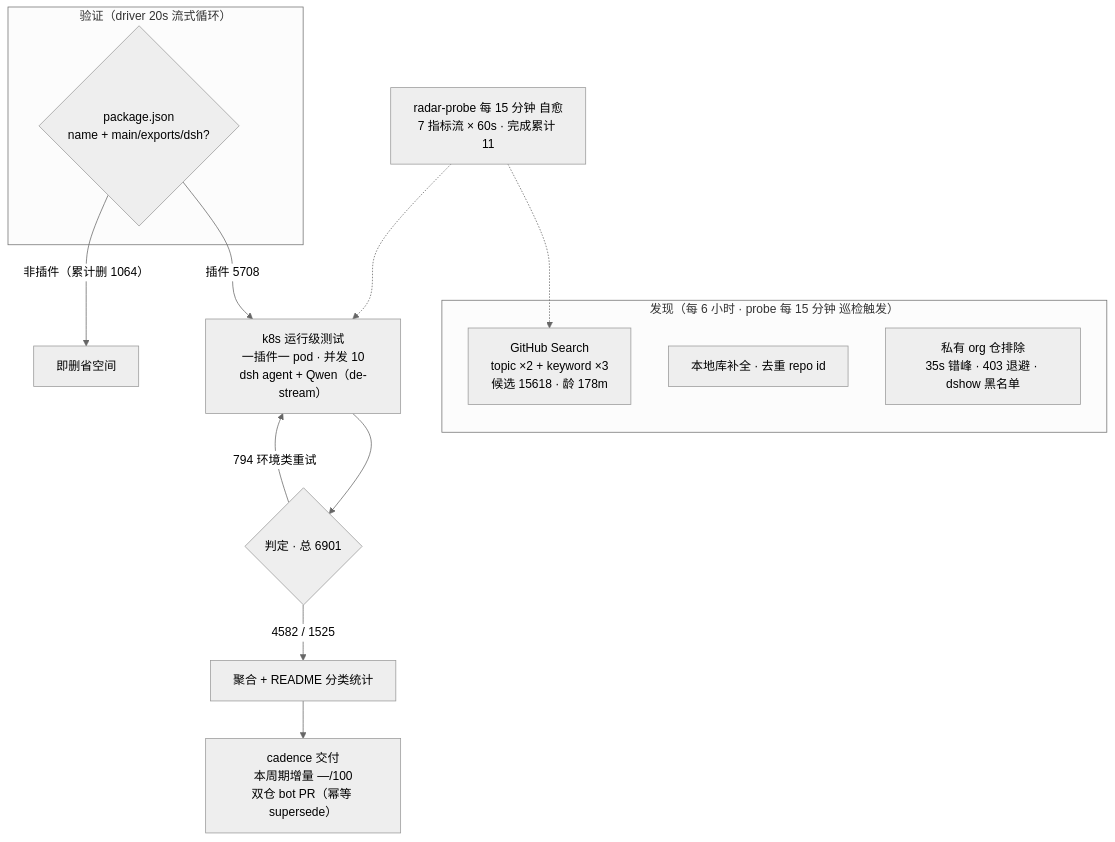
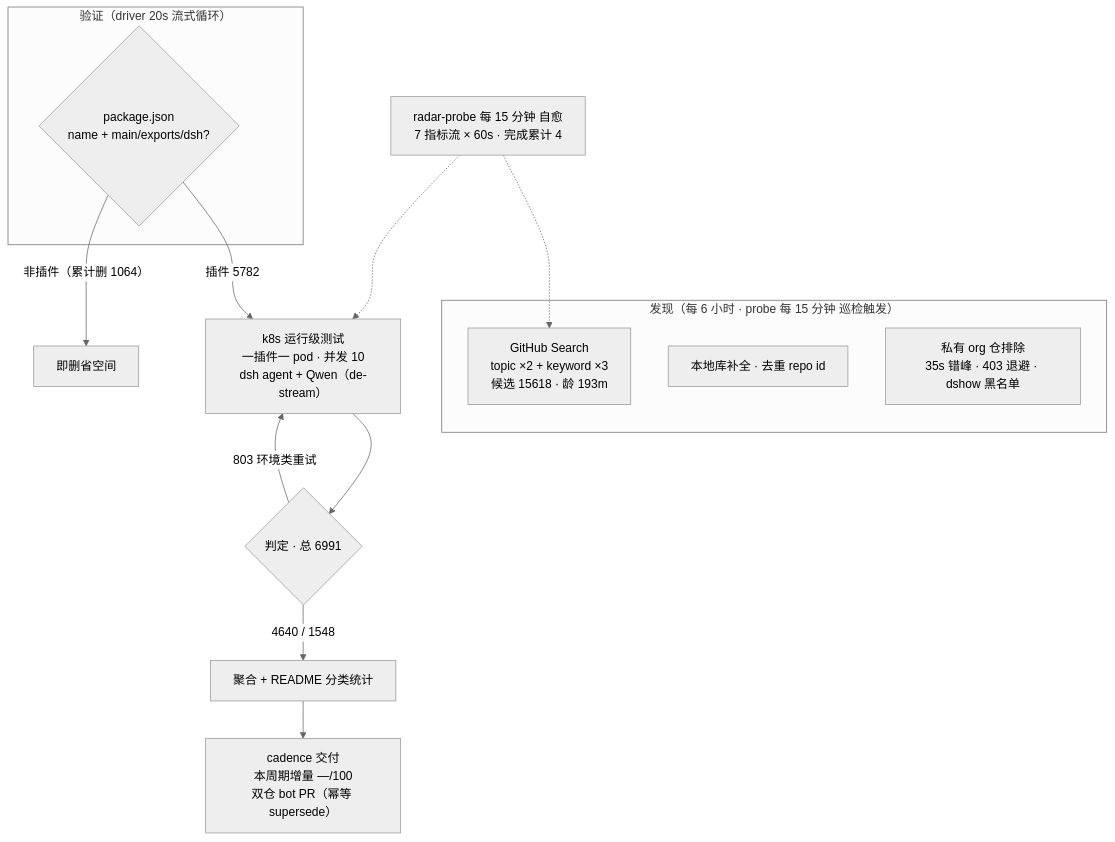
One commit to Zhidao-Lab-OSS/awesome-dsh-plugins changed the diagram in README.md. Above: the diagram before and after it, drawn with Mermaid (neutral theme). The commit also changed other lines of this file and 1 other file, not shown here.

````diff
--- a/README.md
+++ b/README.md
@@ -37,20 +37,20 @@
 ```mermaid
 flowchart TB
     subgraph Discovery["发现（每 6 小时 · probe 每 15 分钟 巡检触发）"]
-        A1["GitHub Search<br/>topic ×2 + keyword ×3<br/>候选 15618 · 龄 178m"]
+        A1["GitHub Search<br/>topic ×2 + keyword ×3<br/>候选 15618 · 龄 193m"]
         A2["本地库补全 · 去重 repo id"]
         A3["私有 org 仓排除<br/>35s 错峰 · 403 退避 · dshow 黑名单"]
     end
     subgraph Validation["验证（driver 20s 流式循环）"]
         B1{"package.json<br/>name + main/exports/dsh?"}
     end
-    B1 -->|"插件 5708"| C1["k8s 运行级测试<br/>一插件一 pod · 并发 10<br/>dsh agent + Qwen（de-stream）"]
+    B1 -->|"插件 5782"| C1["k8s 运行级测试<br/>一插件一 pod · 并发 10<br/>dsh agent + Qwen（de-stream）"]
     B1 -->|"非插件（累计删 1064）"| B3["即删省空间"]
-    C1 --> D1{"判定 · 总 6901"}
-    D1 -->|"4582 / 1525"| E1["聚合 + README 分类统计"]
-    D1 -->|"794 环境类重试"| C1
+    C1 --> D1{"判定 · 总 6991"}
+    D1 -->|"4640 / 1548"| E1["聚合 + README 分类统计"]
+    D1 -->|"803 环境类重试"| C1
     E1 --> E2["cadence 交付<br/>本周期增量 —/100<br/>双仓 bot PR（幂等 supersede）"]
-    M["radar-probe 每 15 分钟 自愈<br/>7 指标流 × 60s · 完成累计 11"]
+    M["radar-probe 每 15 分钟 自愈<br/>7 指标流 × 60s · 完成累计 4"]
     M -.-> A1
     M -.-> C1
 ```
````
